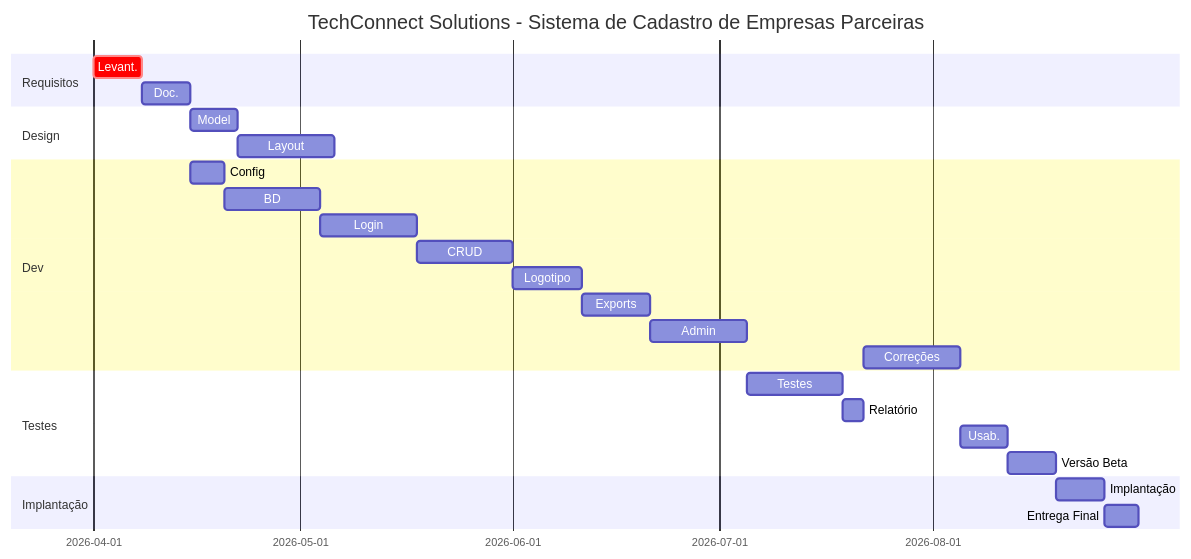
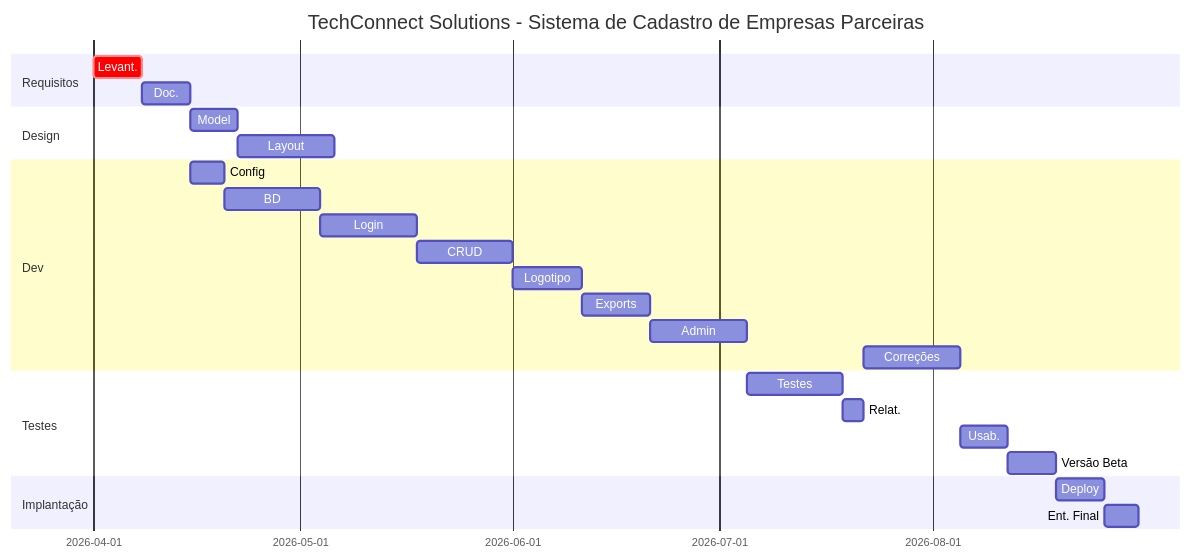
One commit to MaxPichy/teste_gannt3 changed the diagram in ATIVIDADE1.md. Above: the diagram before and after it, drawn with Mermaid.

````diff
--- a/ATIVIDADE1.md
+++ b/ATIVIDADE1.md
@@ -1,33 +1,33 @@
 ```mermaid
 gantt
     title TechConnect Solutions - Sistema de Cadastro de Empresas Parceiras
     dateFormat YYYY-MM-DD
     
     section Requisitos
     Levant.                    :crit, req, 2026-04-01, 7d
     Doc.                       :doc, after req, 7d
     
     section Design
     Model                      :mod, after doc, 7d
     Layout                     :lay, after mod, 14d
     
     section Dev
     Config                     :cfg, after doc, 5d
     BD                         :bd, after cfg, 14d
     Login                      :lgn, after bd, 14d
     CRUD                       :crd, after lgn, 14d
     Logotipo                   :lgt, after crd, 10d
     Exports                    :exp, after lgt, 10d
     Admin                      :adm, after exp, 14d
     Correções                  :cor, after rel, 14d
     
     section Testes
     Testes                      :tst, after adm, 14d
-    Relatório                   :rel, after tst, 3d
+    Relat.                      :rel, after tst, 3d
     Usab.                       :usb, after cor, 7d
     Versão Beta                 :beta, after usb, 7d
     
     section Implantação
-    Implantação                 :deploy, after beta, 7d
-    Entrega Final               :entrega, after deploy, 5d
+    Deploy                      :deploy, after beta, 7d
+    Ent. Final                  :entrega, after deploy, 5d
 ```
````
